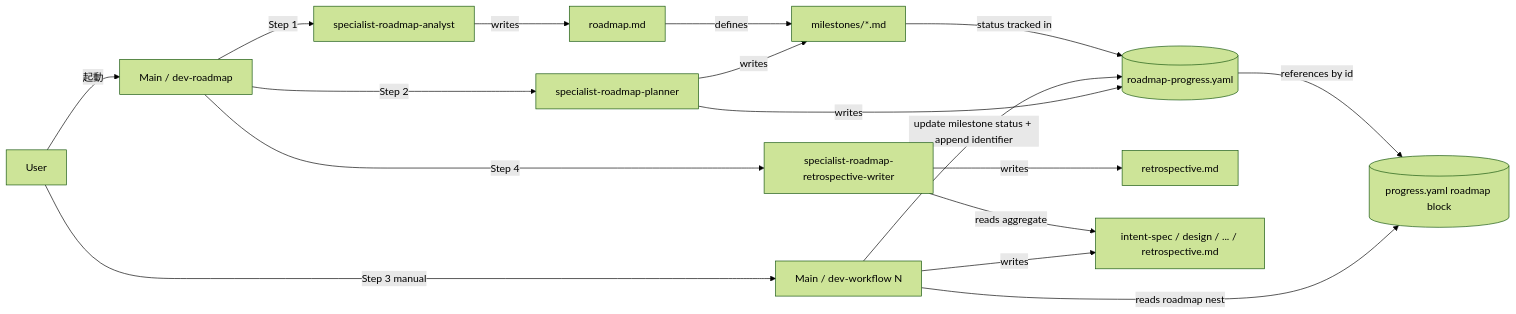
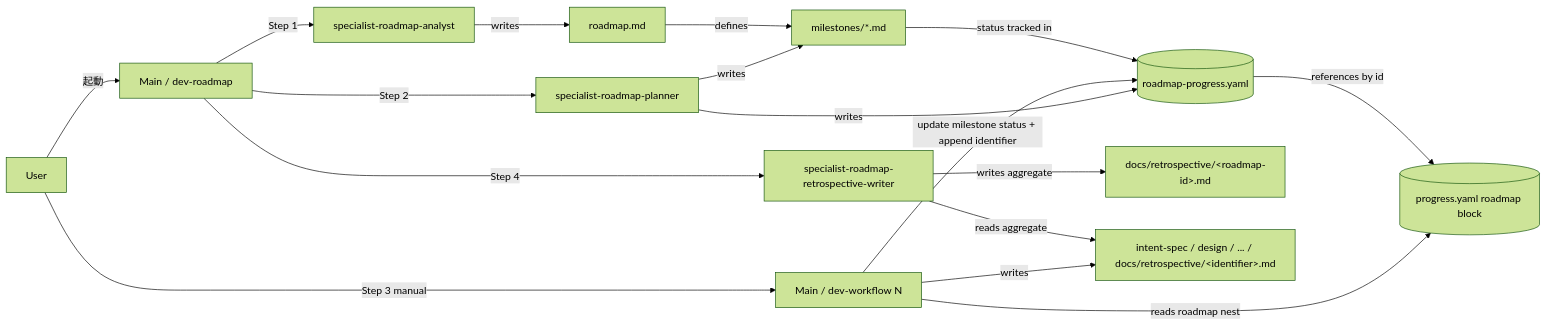
The first of 3 diagrams in docs/dev-workflow/2026-04-29-add-dev-roadmap-skill/design.md (totto2727-org/monorepo), drawn with Mermaid (forest theme) before and after one commit. The commit also changed other lines of this file and 1 other file, not shown here.

Commit message:
docs(dev-workflow/2026-04-29-add-dev-roadmap-skill): revise Step 3 (Design) post-rollback

````diff
--- a/docs/dev-workflow/2026-04-29-add-dev-roadmap-skill/design.md
+++ b/docs/dev-workflow/2026-04-29-add-dev-roadmap-skill/design.md
@@ -85,21 +98,21 @@
 ```mermaid
 graph LR
     User[User] -->|起動| MainR[Main / dev-roadmap]
     MainR -->|Step 1| RA[specialist-roadmap-analyst]
     MainR -->|Step 2| RP[specialist-roadmap-planner]
     MainR -->|Step 4| RR[specialist-roadmap-retrospective-writer]
     RA -->|writes| Roadmap[roadmap.md]
     RP -->|writes| Milestones[milestones/*.md]
     RP -->|writes| RoadmapProgress[(roadmap-progress.yaml)]
-    RR -->|writes| RoadmapRetro[retrospective.md]
+    RR -->|writes aggregate| RoadmapRetro[docs/retrospective/&lt;roadmap-id&gt;.md]
 
     User -->|Step 3 manual| MainW[Main / dev-workflow N]
     MainW -->|reads roadmap nest| WfProgress[(progress.yaml roadmap block)]
     MainW -->|update milestone status + append identifier| RoadmapProgress
-    MainW -->|writes| WfArtifacts[intent-spec / design / ... / retrospective.md]
+    MainW -->|writes| WfArtifacts[intent-spec / design / ... / docs/retrospective/&lt;identifier&gt;.md]
     RR -->|reads aggregate| WfArtifacts
 
     Roadmap -->|defines| Milestones
     Milestones -->|status tracked in| RoadmapProgress
     RoadmapProgress -->|references by id| WfProgress
 ```
````
